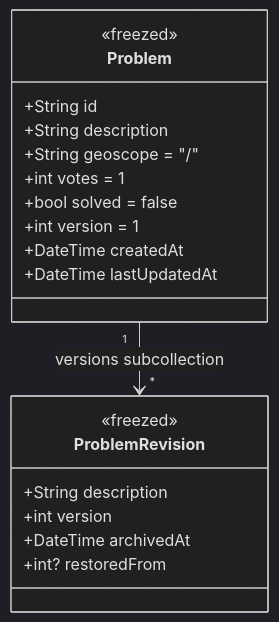
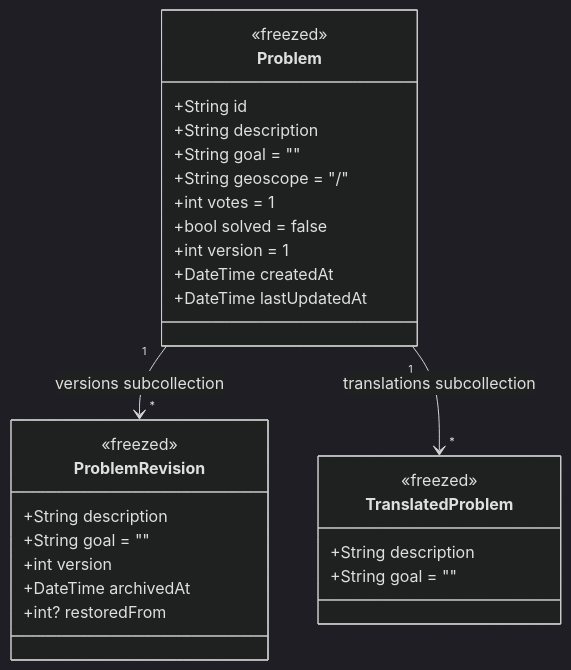
Before and after one commit to adsouza/votasq: the second of 10 diagrams in ARCHITECTURE.md, drawn with Mermaid (dark theme). The commit also changed other lines of this file and 50 other files, not shown here.

````diff
--- a/ARCHITECTURE.md
+++ b/ARCHITECTURE.md
@@ -33,24 +33,33 @@
 ```mermaid
 classDiagram
     class Problem {
         <<freezed>>
         +String id
         +String description
+        +String goal = ""
         +String geoscope = "/"
         +int votes = 1
         +bool solved = false
         +int version = 1
         +DateTime createdAt
         +DateTime lastUpdatedAt
     }
 
     class ProblemRevision {
         <<freezed>>
         +String description
+        +String goal = ""
         +int version
         +DateTime archivedAt
         +int? restoredFrom
     }
 
+    class TranslatedProblem {
+        <<freezed>>
+        +String description
+        +String goal = ""
+    }
+
     Problem "1" --> "*" ProblemRevision : versions subcollection
+    Problem "1" --> "*" TranslatedProblem : translations subcollection
 ```
````
